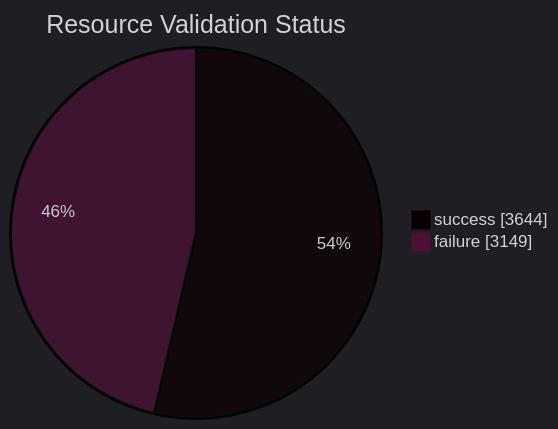
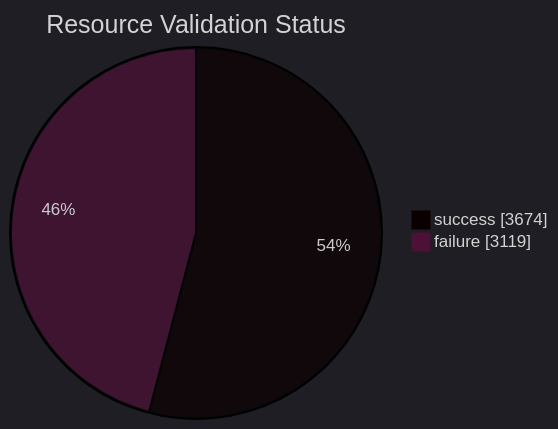
The diagram in datastore_tracker/resource_validation_status_pie_chart.md (open-data/analytics-corporate-reporting), drawn with Mermaid before and after one commit. The commit also changed 9 other files, not shown here.

````diff
--- a/datastore_tracker/resource_validation_status_pie_chart.md
+++ b/datastore_tracker/resource_validation_status_pie_chart.md
@@ -2,9 +2,9 @@
 ```mermaid
 ---
 config:
   theme: dark
 ---
 pie showData title Resource Validation Status
-    "success": 3644
-    "failure": 3149
+    "success": 3674
+    "failure": 3119
 ```
````
